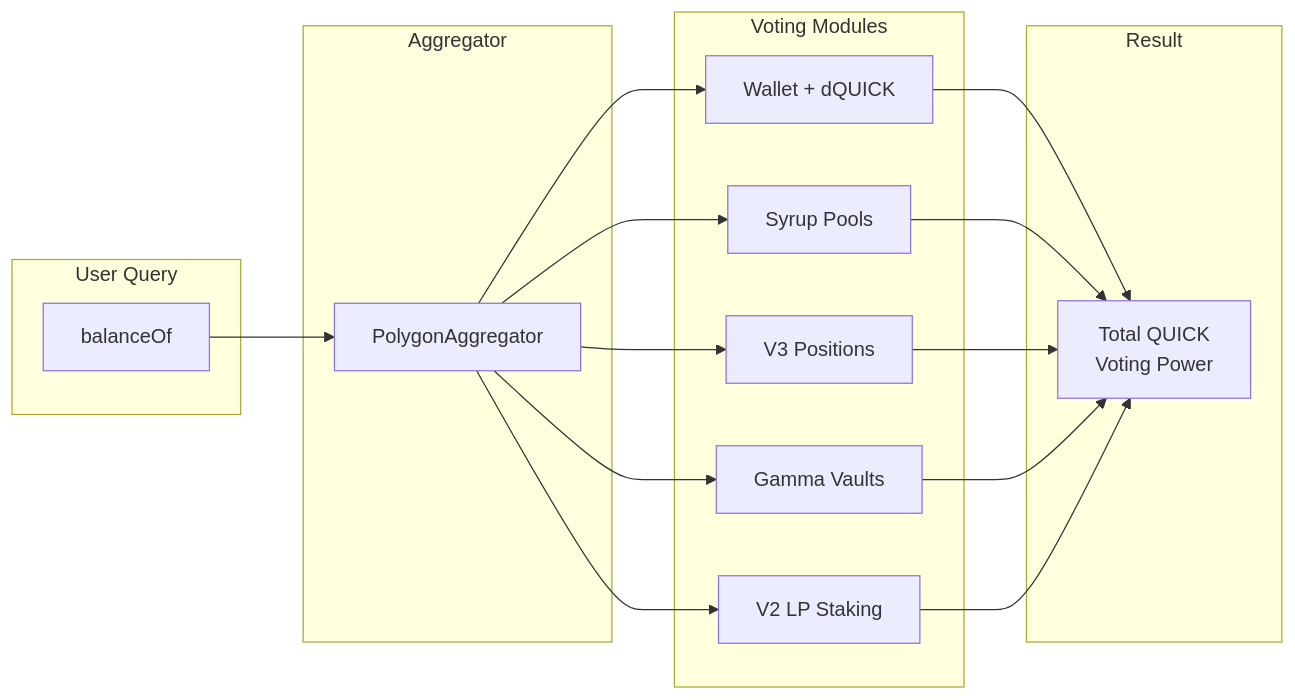
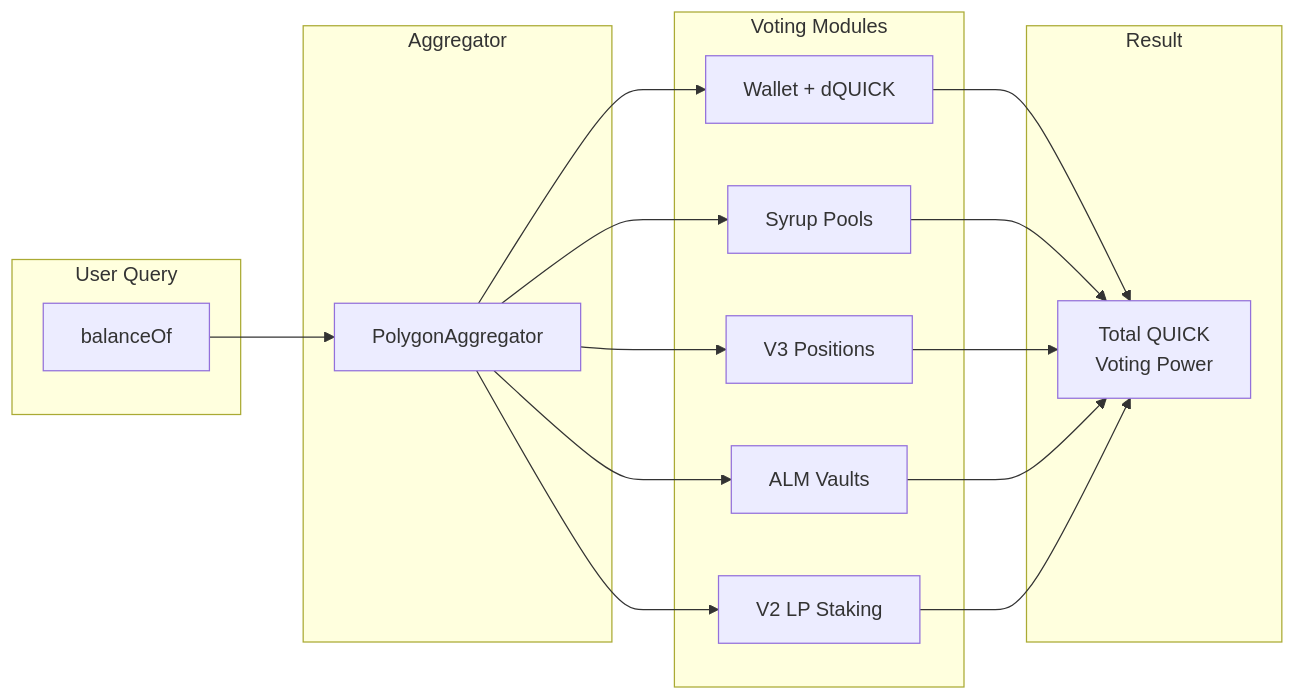
Before and after one commit to QuickSwap/quickswap-voting: the diagram in assets/module_flow.mmd, drawn with Mermaid. The commit also changed 26 other files, not shown here.

Commit message:
Update README and architecture diagrams; add new modules and remove legacy components

```diff
--- a/assets/module_flow.mmd
+++ b/assets/module_flow.mmd
@@ -1,32 +1,32 @@
 flowchart LR
     subgraph User["User Query"]
         U[balanceOf]
     end
 
     subgraph Aggregator["Aggregator"]
         A[PolygonAggregator]
     end
 
     subgraph Modules["Voting Modules"]
         M1[Wallet + dQUICK]
         M2[Syrup Pools]
         M3[V3 Positions]
-        M4[Gamma Vaults]
+        M4[ALM Vaults]
         M5[V2 LP Staking]
     end
 
     subgraph Result["Result"]
         R[Total QUICK<br/>Voting Power]
     end
 
     U --> A
     A --> M1
     A --> M2
     A --> M3
     A --> M4
     A --> M5
     M1 --> R
     M2 --> R
     M3 --> R
     M4 --> R
     M5 --> R
```
